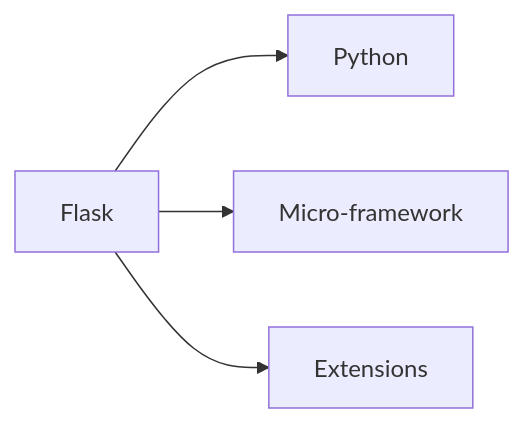
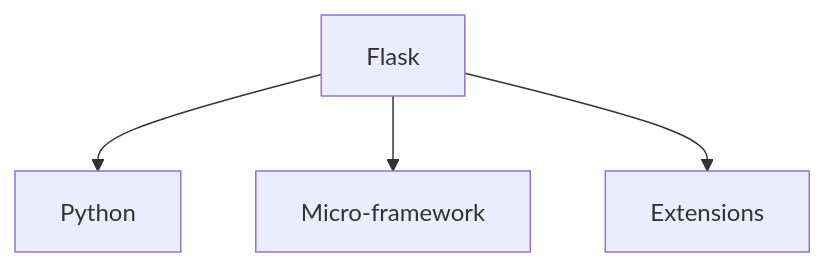
One commit to zyrass/omnydocs changed diagram 15 of 41 in docs/glossaire/developpement-web.md. Above: the diagram before and after it, drawn with Mermaid. The commit also changed other lines of this file and 1780 other files, not shown here.

````diff
--- a/docs/glossaire/developpement-web.md
+++ b/docs/glossaire/developpement-web.md
@@ -302,6 +364,6 @@
-    ```mermaid
-    graph LR
-        A[Flask] --> B[Python]
-        A --> C[Micro-framework]
-        A --> D[Extensions]
-    ```
+```mermaid
+graph TB
+    A[Flask] --> B[Python]
+    A --> C[Micro-framework]
+    A --> D[Extensions]
+```
````
